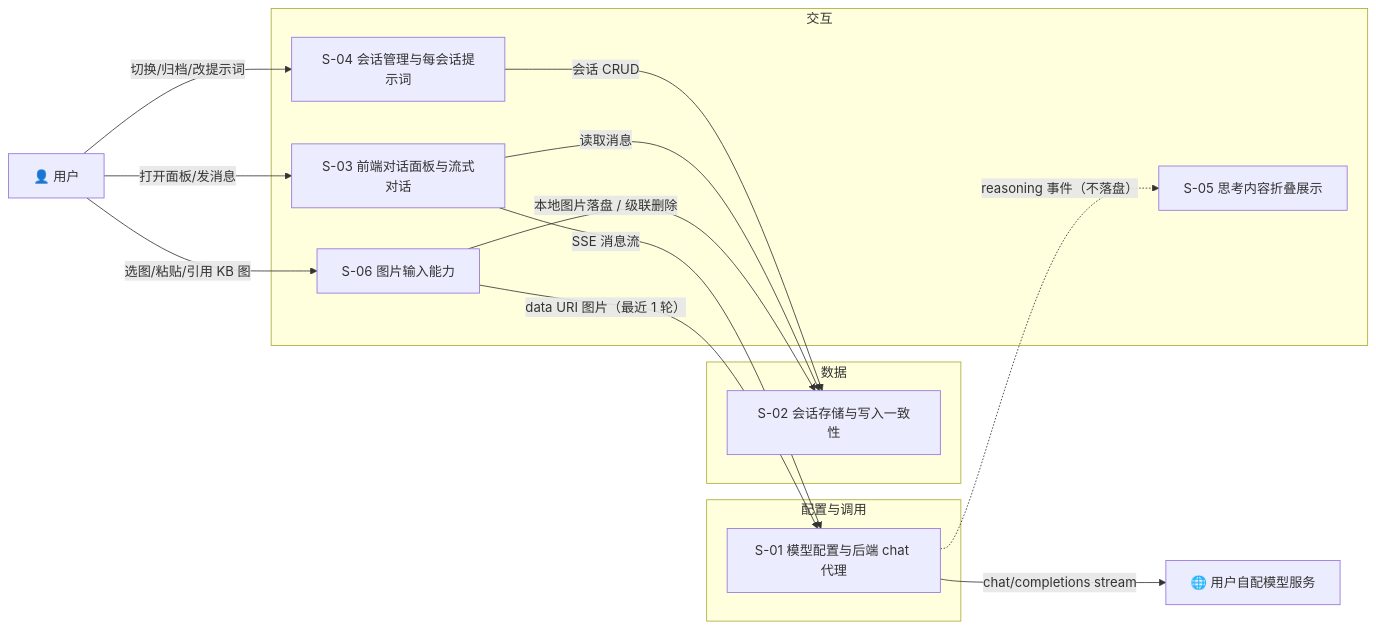
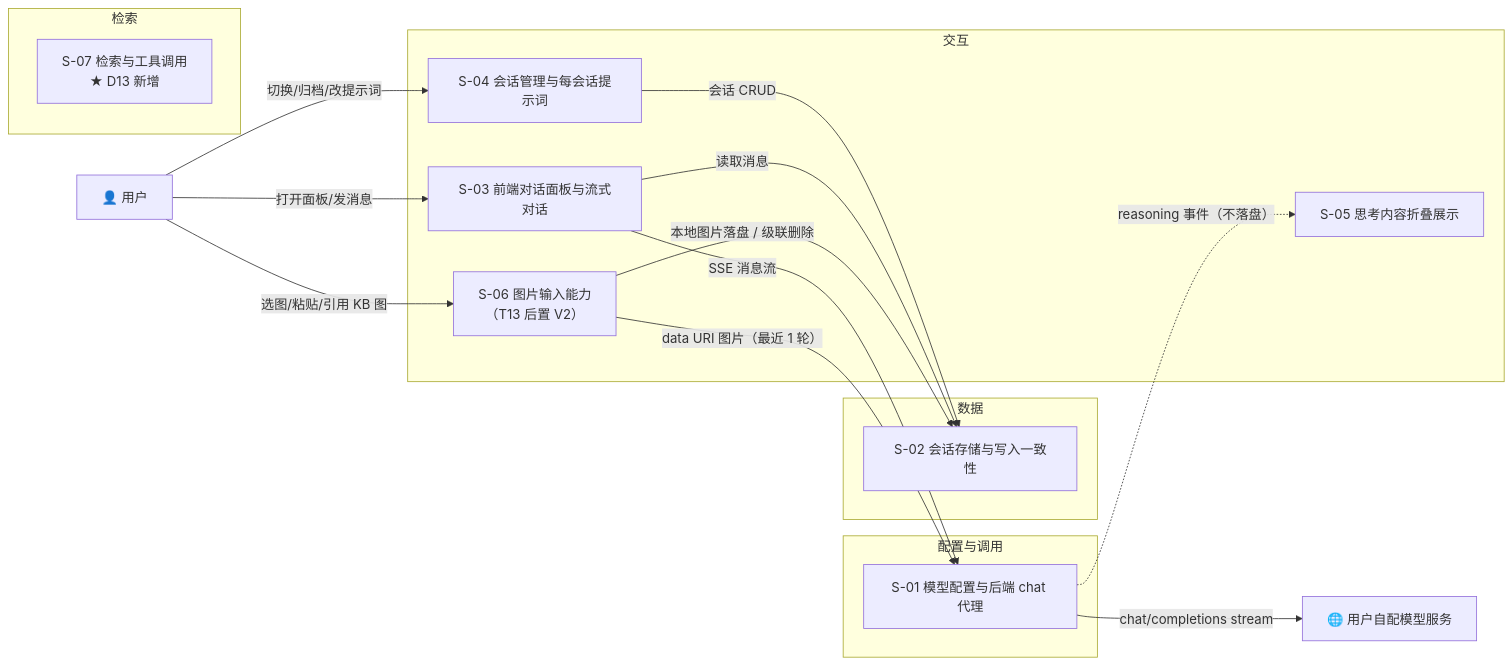
The diagram in kisearch/requirements/2026-09-24-Web侧边栏AI对话模块/design/DESIGN.md (HACK-WU/CodeWikiHub), drawn with Mermaid before and after one commit. The commit also changed other lines of this file and 29 other files, not shown here.

````diff
--- a/kisearch/requirements/2026-09-24-Web侧边栏AI对话模块/design/DESIGN.md
+++ b/kisearch/requirements/2026-09-24-Web侧边栏AI对话模块/design/DESIGN.md
@@ -30,28 +30,31 @@
 ```mermaid
 flowchart LR
     subgraph 配置与调用
       S01["S-01 模型配置与后端 chat 代理"]
     end
     subgraph 数据
       S02["S-02 会话存储与写入一致性"]
     end
     subgraph 交互
       S03["S-03 前端对话面板与流式对话"]
       S04["S-04 会话管理与每会话提示词"]
       S05["S-05 思考内容折叠展示"]
-      S06["S-06 图片输入能力"]
+      S06["S-06 图片输入能力<br/>（T13 后置 V2）"]
+    end
+    subgraph 检索
+      S07["S-07 检索与工具调用<br/>★ D13 新增"]
     end
     U["👤 用户"]
     EXT["🌐 用户自配模型服务"]
 
     U -->|"打开面板/发消息"| S03
     U -->|"切换/归档/改提示词"| S04
     U -->|"选图/粘贴/引用 KB 图"| S06
     S03 -->|"SSE 消息流"| S01
     S04 -->|"会话 CRUD"| S02
     S03 -->|"读取消息"| S02
     S06 -->|"data URI 图片（最近 1 轮）"| S01
     S06 -->|"本地图片落盘 / 级联删除"| S02
     S01 -->|"chat/completions stream"| EXT
     S01 -.->|"reasoning 事件（不落盘）"| S05
 ```
````
